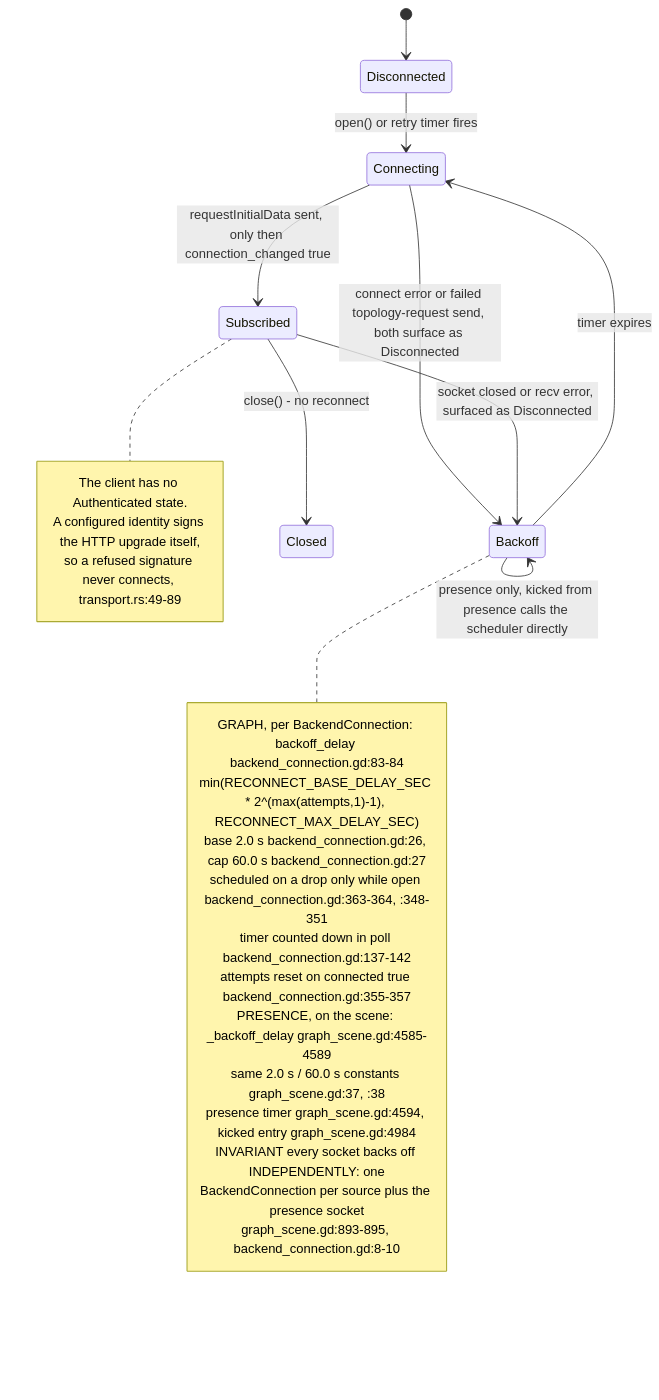
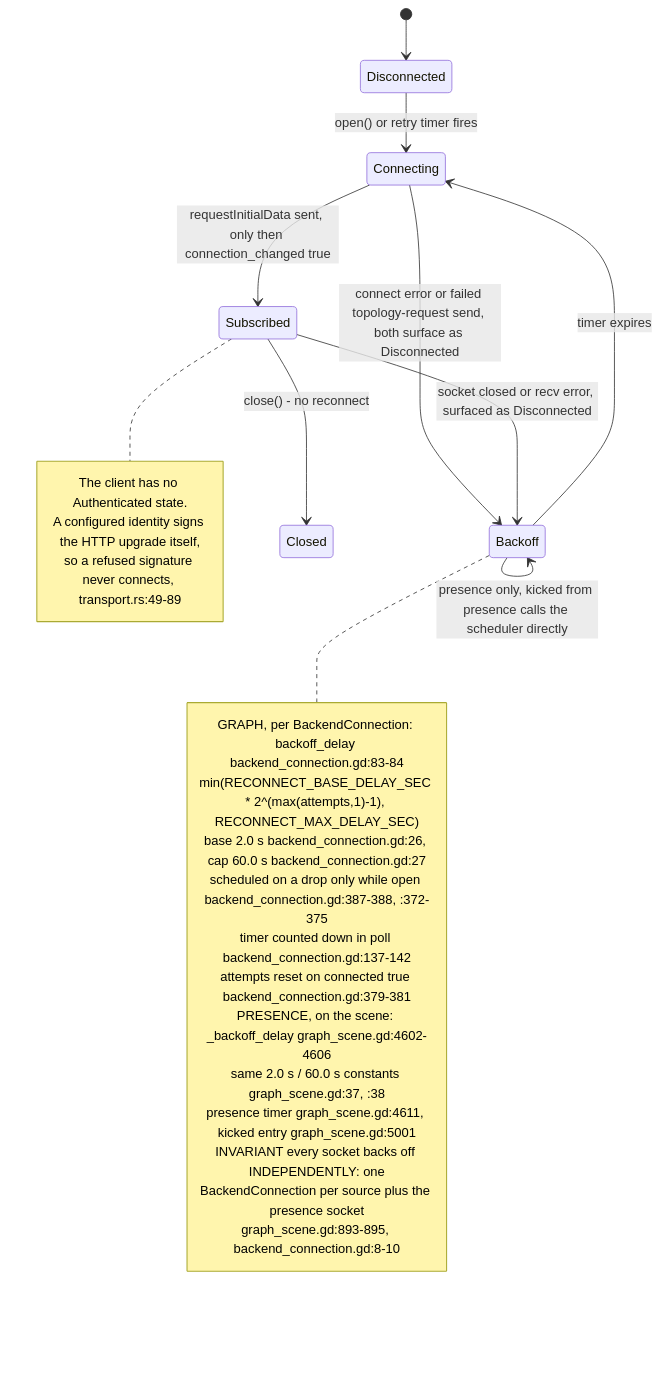
The fourth of 30 diagrams in docs/diagrams/visionclaw/36-godot-xr-client.md (DreamLab-AI/VisionFlow), drawn with Mermaid before and after one commit. The commit also changed other lines of this file and 49 other files, not shown here.

First line of the commit message:
docs(diagrams): re-derive and re-stamp VisionClaw, estate, knowledge-graph, visionGraph, VisionFlow and sidestr topics

````diff
--- a/docs/diagrams/visionclaw/36-godot-xr-client.md
+++ b/docs/diagrams/visionclaw/36-godot-xr-client.md
@@ -292,30 +292,30 @@
 ```mermaid
 stateDiagram-v2
     [*] --> Disconnected
     Disconnected --> Connecting: open() or retry timer fires
     Connecting --> Backoff: connect error or failed topology-request send, both surface as Disconnected
     Connecting --> Subscribed: requestInitialData sent, only then connection_changed true
     Subscribed --> Backoff: socket closed or recv error, surfaced as Disconnected
     Backoff --> Connecting: timer expires
     Backoff --> Backoff: presence only, kicked from presence calls the scheduler directly
     Subscribed --> Closed: close() - no reconnect
     note right of Subscribed
         The client has no Authenticated state.
         A configured identity signs the HTTP upgrade itself,
         so a refused signature never connects, transport.rs:49-89
     end note
     note right of Backoff
         GRAPH, per BackendConnection: backoff_delay backend_connection.gd:83-84
         min(RECONNECT_BASE_DELAY_SEC * 2^(max(attempts,1)-1), RECONNECT_MAX_DELAY_SEC)
         base 2.0 s backend_connection.gd:26, cap 60.0 s backend_connection.gd:27
-        scheduled on a drop only while open backend_connection.gd:363-364, :348-351
+        scheduled on a drop only while open backend_connection.gd:387-388, :372-375
         timer counted down in poll backend_connection.gd:137-142
-        attempts reset on connected true backend_connection.gd:355-357
-        PRESENCE, on the scene: _backoff_delay graph_scene.gd:4585-4589
+        attempts reset on connected true backend_connection.gd:379-381
+        PRESENCE, on the scene: _backoff_delay graph_scene.gd:4602-4606
         same 2.0 s / 60.0 s constants graph_scene.gd:37, :38
-        presence timer graph_scene.gd:4594, kicked entry graph_scene.gd:4984
+        presence timer graph_scene.gd:4611, kicked entry graph_scene.gd:5001
         INVARIANT every socket backs off INDEPENDENTLY: one
         BackendConnection per source plus the presence socket
         graph_scene.gd:893-895, backend_connection.gd:8-10
     end note
 ```
````
